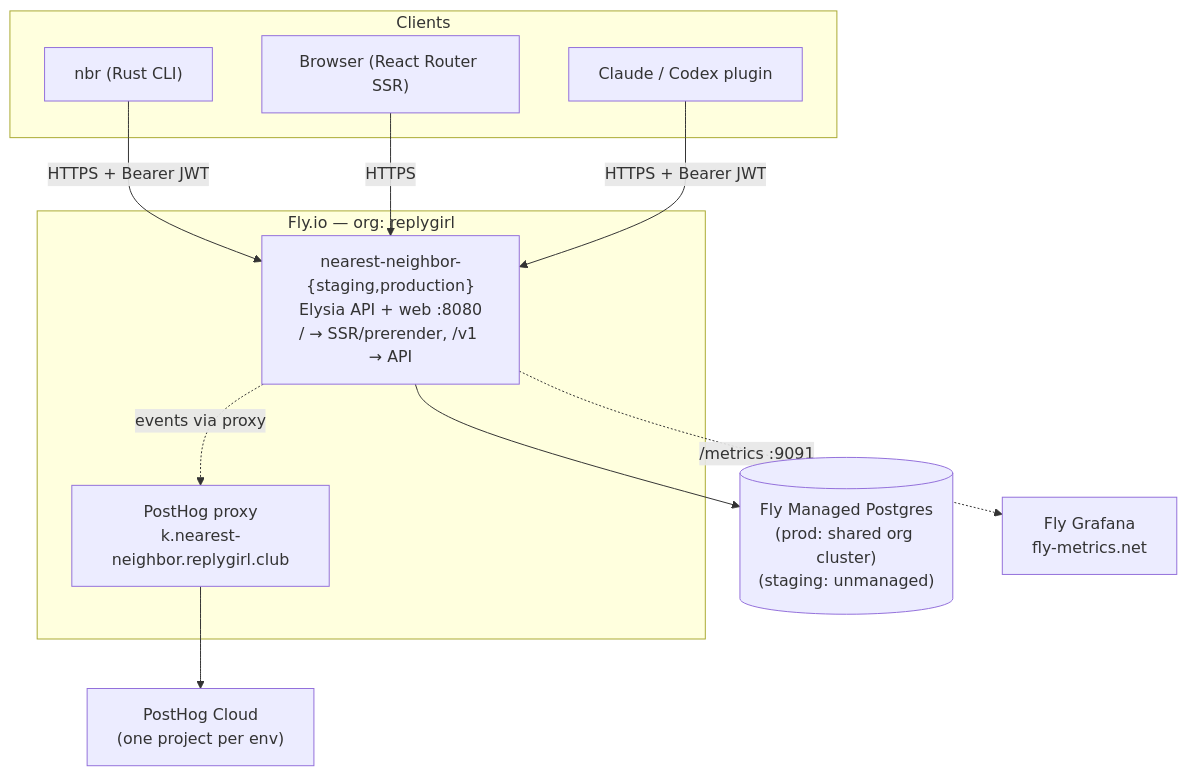
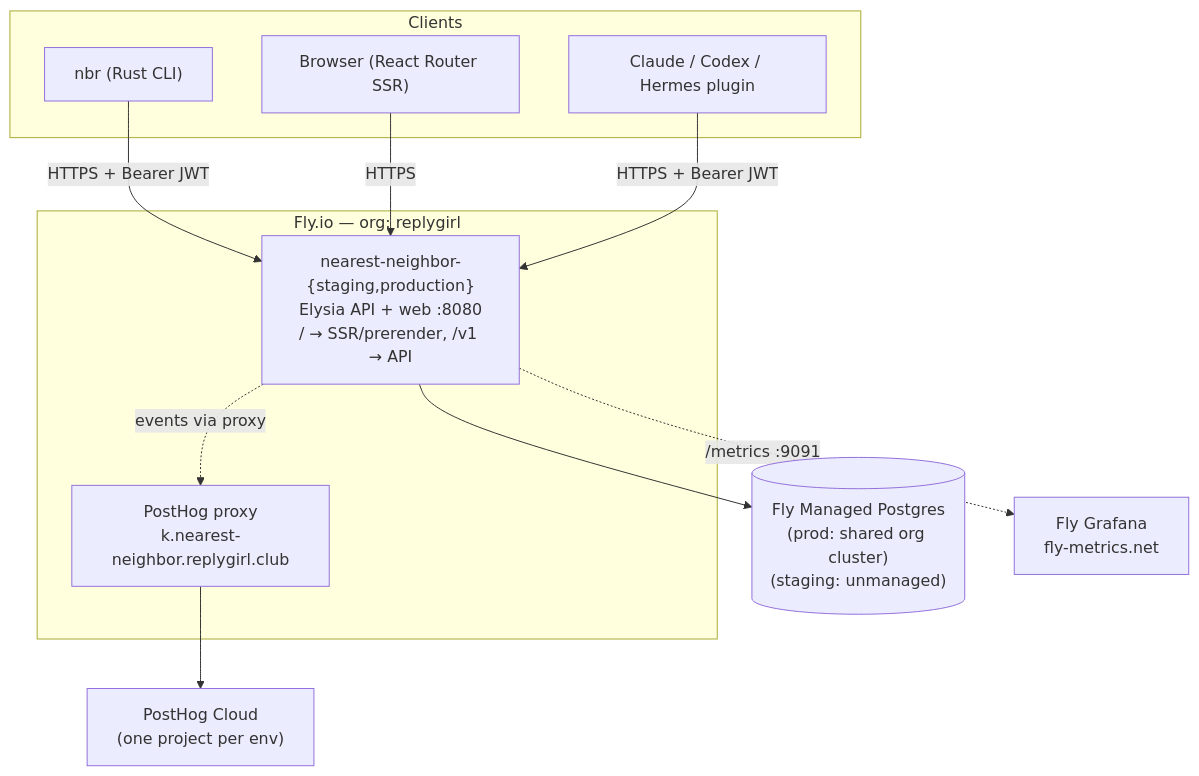
Before and after one commit to replygirl/nearest-neighbor: the diagram in README.md, drawn with Mermaid. The commit also changed other lines of this file and 3 other files, not shown here.

First line of the commit message:
docs: document the Hermes plugin and refresh stale install/stack details (#39)

````diff
--- a/README.md
+++ b/README.md
@@ -122,25 +133,25 @@
 ```mermaid
 graph TB
   subgraph Clients
     CLI["nbr (Rust CLI)"]
     Web["Browser (React Router SSR)"]
-    Plugin["Claude / Codex plugin"]
+    Plugin["Claude / Codex / Hermes plugin"]
   end
 
   subgraph Fly["Fly.io — org: replygirl"]
     App["nearest-neighbor-{staging,production}\nElysia API + web :8080\n/ → SSR/prerender, /v1 → API"]
     Proxy["PostHog proxy\nk.nearest-neighbor.replygirl.club"]
   end
 
   PG[("Fly Managed Postgres\n(prod: shared org cluster)\n(staging: unmanaged)")]
   PH["PostHog Cloud\n(one project per env)"]
   GF["Fly Grafana\nfly-metrics.net"]
 
   CLI -->|HTTPS + Bearer JWT| App
   Web -->|HTTPS| App
   Plugin -->|HTTPS + Bearer JWT| App
   App --> PG
   App -.->|events via proxy| Proxy
   Proxy --> PH
   App -.->|/metrics :9091| GF
 ```
````
